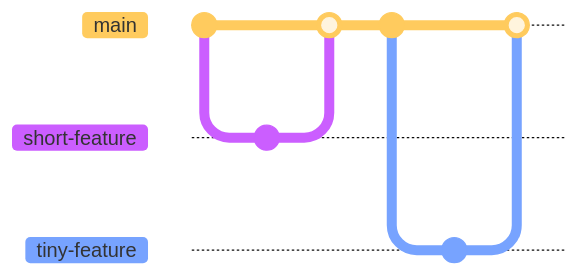
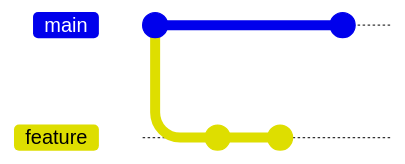
Before and after one commit to andres-olarte396/teach-laoz-curso_devops_avanzado: the fourth of 13 diagrams in DIAGRAMAS_TECNICOS.md, drawn with Mermaid. The commit also changed other lines of this file, not shown here. Commit ids are hidden.

Commit message:
Primer commit del curso

````diff
--- a/DIAGRAMAS_TECNICOS.md
+++ b/DIAGRAMAS_TECNICOS.md
@@ -96,14 +97,10 @@
 ```mermaid
-%%{init: {'theme':'base'}}%%
 gitGraph
-    commit id: "main"
-    branch short-feature
-    commit id: "quick fix"
-    checkout main
-    merge short-feature
-    commit id: "another change"
-    branch tiny-feature
-    commit id: "small update"
-    checkout main
-    merge tiny-feature
+   commit
+   branch feature
+   checkout feature
+   commit
+   commit
+   checkout main
+   commit id: "Feat D"
 ```
````
